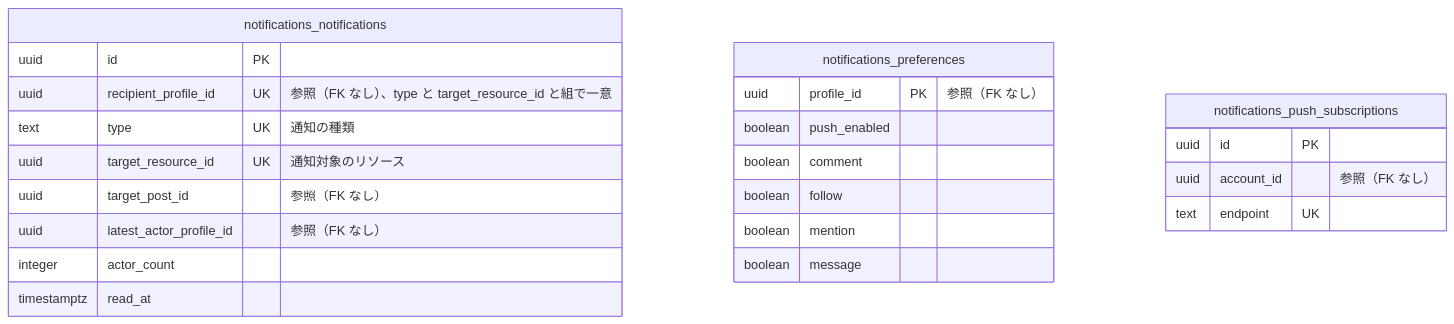
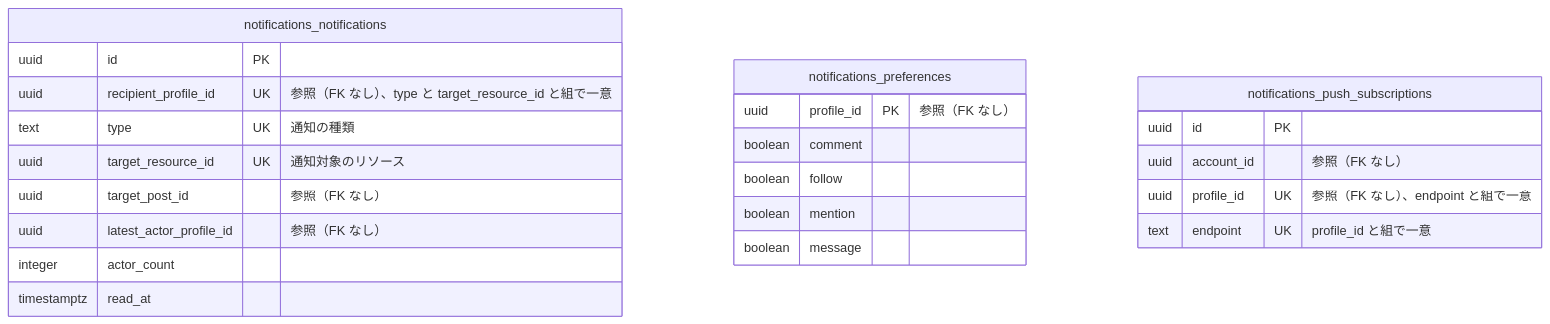
One commit to panicboat/monorepo changed the tenth of 14 diagrams in dystopia/docs/data-model.md. Above: the diagram before and after it, drawn with Mermaid. The commit also changed other lines of this file and 11 other files, not shown here.

````diff
--- a/dystopia/docs/data-model.md
+++ b/dystopia/docs/data-model.md
@@ -286,26 +287,26 @@
 ```mermaid
 erDiagram
     notifications_notifications {
         uuid id PK
         uuid recipient_profile_id UK "参照（FK なし）、type と target_resource_id と組で一意"
         text type UK "通知の種類"
         uuid target_resource_id UK "通知対象のリソース"
         uuid target_post_id "参照（FK なし）"
         uuid latest_actor_profile_id "参照（FK なし）"
         integer actor_count
         timestamptz read_at
     }
     notifications_preferences {
         uuid profile_id PK "参照（FK なし）"
-        boolean push_enabled
         boolean comment
         boolean follow
         boolean mention
         boolean message
     }
     notifications_push_subscriptions {
         uuid id PK
         uuid account_id "参照（FK なし）"
-        text endpoint UK
+        uuid profile_id UK "参照（FK なし）、endpoint と組で一意"
+        text endpoint UK "profile_id と組で一意"
     }
 ```
````
